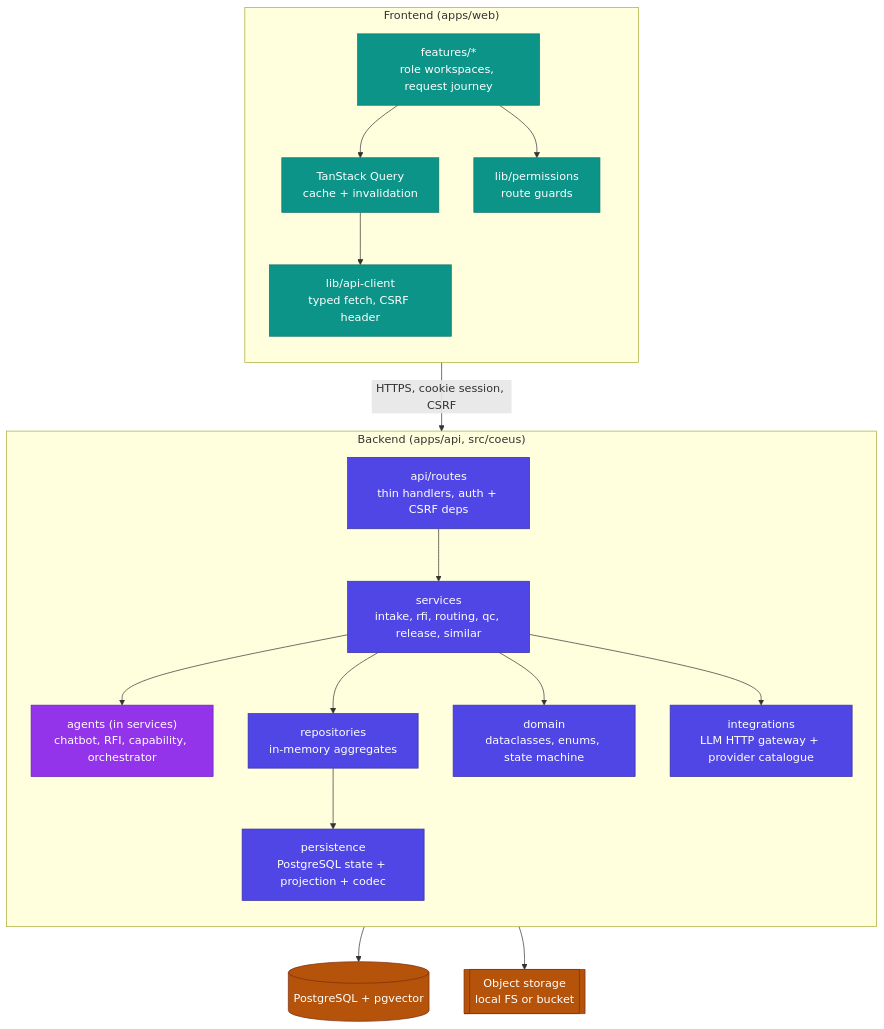
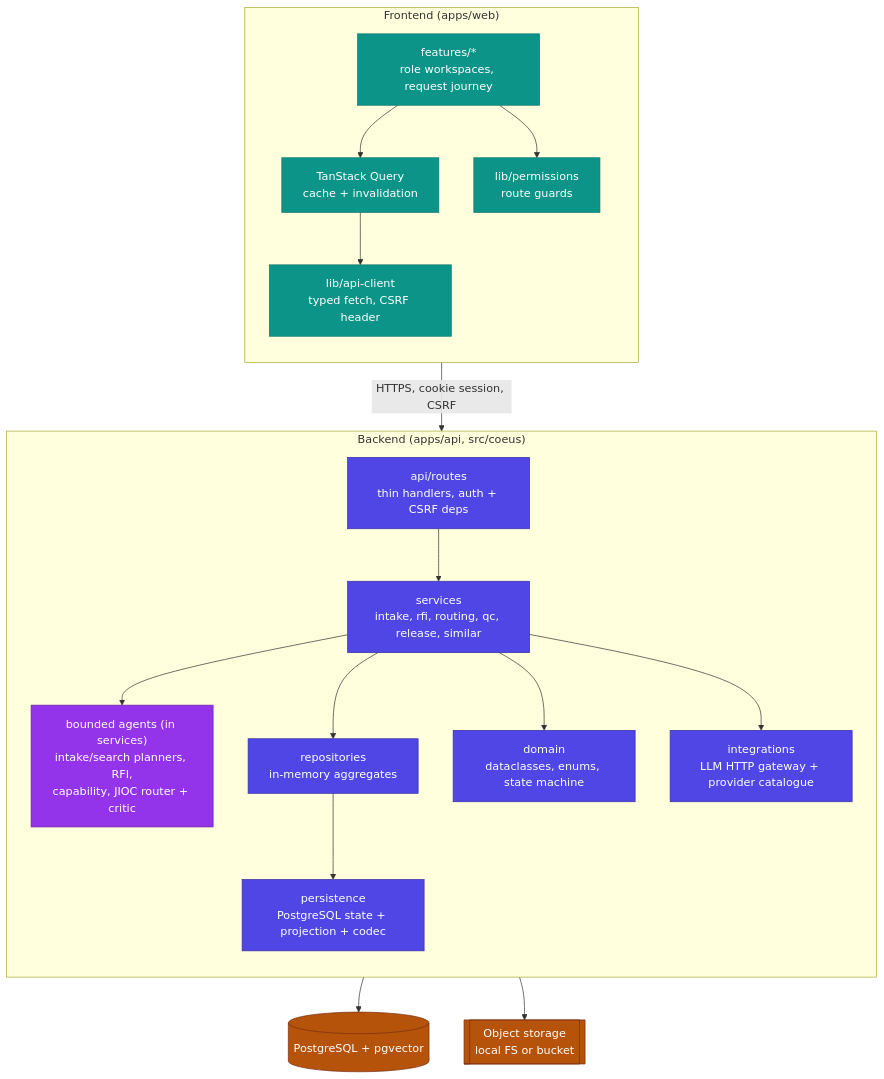
The second of 4 diagrams in docs/ARCHITECTURE.md (ShabalalaWATP/Coeus), drawn with Mermaid before and after one commit. The commit also changed other lines of this file and 554 other files, not shown here.

````diff
--- a/docs/ARCHITECTURE.md
+++ b/docs/ARCHITECTURE.md
@@ -98,45 +101,45 @@
 ```mermaid
 flowchart TB
     subgraph web["Frontend  (apps/web)"]
         direction TB
         PAGES["features/*<br/>role workspaces, request journey"]
         APICLIENT["lib/api-client<br/>typed fetch, CSRF header"]
         QUERY["TanStack Query<br/>cache + invalidation"]
         PERMS["lib/permissions<br/>route guards"]
         PAGES --> QUERY --> APICLIENT
         PAGES --> PERMS
     end
 
     subgraph api["Backend  (apps/api, src/coeus)"]
         direction TB
         ROUTES["api/routes<br/>thin handlers, auth + CSRF deps"]
         SERVICES["services<br/>intake, rfi, routing, qc, release, similar"]
-        AGENTS["agents (in services)<br/>chatbot, RFI, capability, orchestrator"]
+        AGENTS["bounded agents (in services)<br/>intake/search planners, RFI,<br/>capability, JIOC router + critic"]
         REPOS["repositories<br/>in-memory aggregates"]
         DOMAIN["domain<br/>dataclasses, enums, state machine"]
         PERSIST["persistence<br/>PostgreSQL state + projection + codec"]
         INTEG["integrations<br/>LLM HTTP gateway + provider catalogue"]
         ROUTES --> SERVICES
         SERVICES --> AGENTS
         SERVICES --> REPOS
         SERVICES --> DOMAIN
         SERVICES --> INTEG
         REPOS --> PERSIST
     end
 
     DB[("PostgreSQL + pgvector")]
     OBJ[["Object storage<br/>local FS or bucket"]]
 
     APICLIENT -->|"HTTPS, cookie session, CSRF"| ROUTES
     PERSIST --> DB
     SERVICES --> OBJ
 
     classDef fe fill:#0d9488,stroke:#0f766e,color:#fff,stroke-width:1px
     classDef be fill:#4f46e5,stroke:#3730a3,color:#fff,stroke-width:1px
     classDef ai fill:#9333ea,stroke:#6b21a8,color:#fff,stroke-width:1px
     classDef data fill:#b45309,stroke:#7c2d12,color:#fff,stroke-width:1px
     class PAGES,APICLIENT,QUERY,PERMS fe
     class ROUTES,SERVICES,REPOS,DOMAIN,PERSIST,INTEG be
     class AGENTS ai
     class DB,OBJ data
 ```
````
